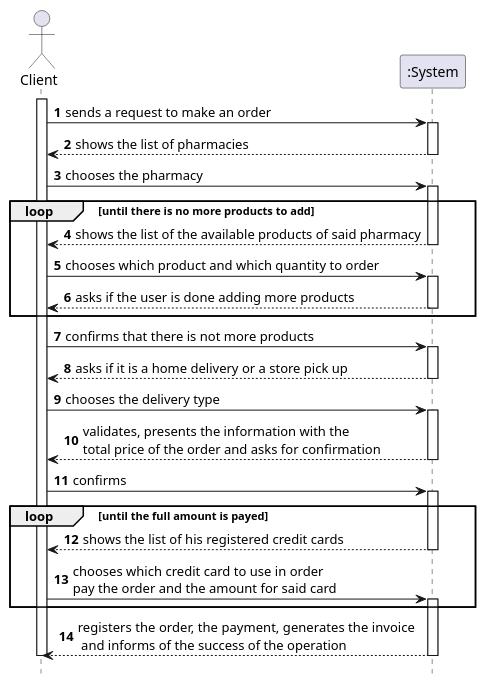
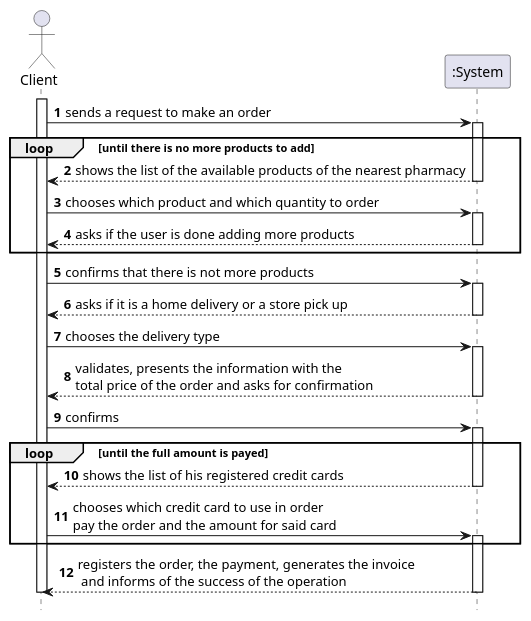
The diagram in docs/Iteration 3/Make An Order/Refinement/US25_MakeAnOrder/US25_SSD.puml (tiagoavcosta25/LAPR3), drawn with PlantUML before and after one commit. The commit also changed 1 other file, not shown here.

Commit message:
LAPR2AP2-291 #close Orders To Nearest Pharmacy [Analysis]

```diff
--- a/docs/Iteration 3/Make An Order/Refinement/US25_MakeAnOrder/US25_SSD.puml
+++ b/docs/Iteration 3/Make An Order/Refinement/US25_MakeAnOrder/US25_SSD.puml
@@ -1,54 +1,50 @@
 @startuml
 autonumber
 hide footbox
 
 actor "Client" as CL
 participant ":System" as SYST
 
 activate CL
 
 CL -> SYST : sends a request to make an order
 activate SYST
-SYST --> CL : shows the list of pharmacies
-deactivate SYST
 
-CL -> SYST : chooses the pharmacy
-activate SYST
 loop until there is no more products to add
-SYST --> CL : shows the list of the available products of said pharmacy
+SYST --> CL : shows the list of the available products of the nearest pharmacy
 deactivate SYST
 
 CL -> SYST : chooses which product and which quantity to order
 activate SYST
 SYST --> CL : asks if the user is done adding more products
 deactivate SYST
 end
 
 CL -> SYST : confirms that there is not more products
 activate SYST
 
 SYST --> CL : asks if it is a home delivery or a store pick up
 deactivate SYST
 
 CL -> SYST : chooses the delivery type
 activate SYST
 
 SYST --> CL : validates, presents the information with the \ntotal price of the order and asks for confirmation
 deactivate SYST
 
 CL -> SYST : confirms
 activate SYST
 
 loop until the full amount is payed
 SYST --> CL : shows the list of his registered credit cards
 deactivate SYST
 
 CL -> SYST : chooses which credit card to use in order \npay the order and the amount for said card
 activate SYST
 end
 
 SYST --> CL : registers the order, the payment, generates the invoice\n and informs of the success of the operation
 deactivate SYST
 deactivate CL
 
 @enduml
```
